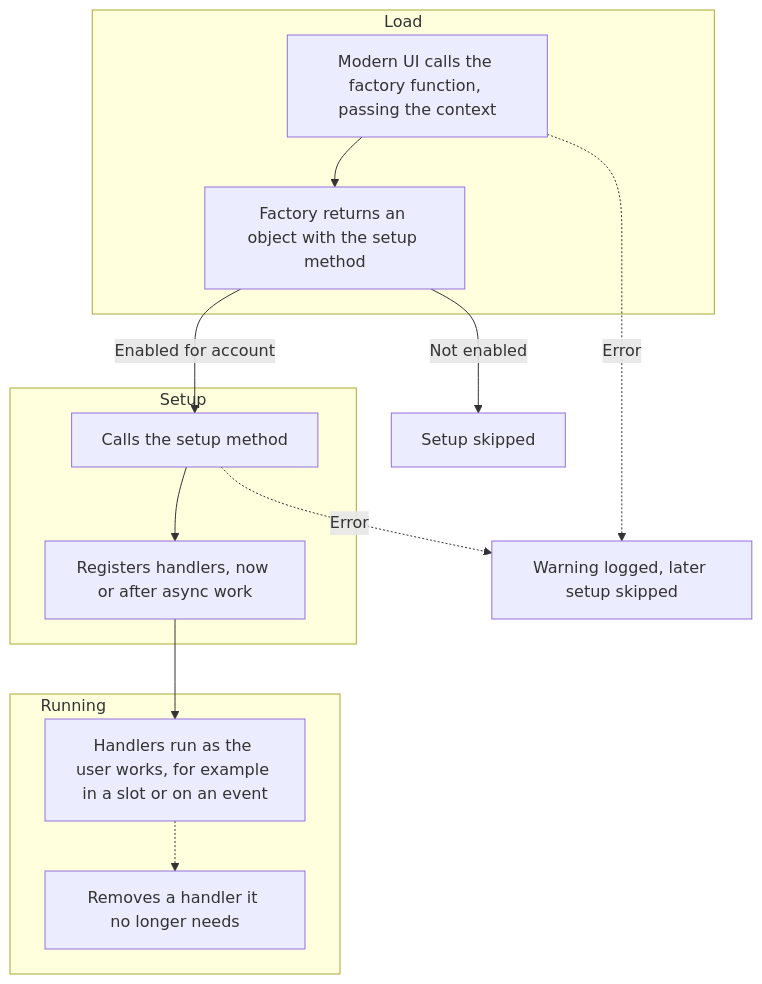
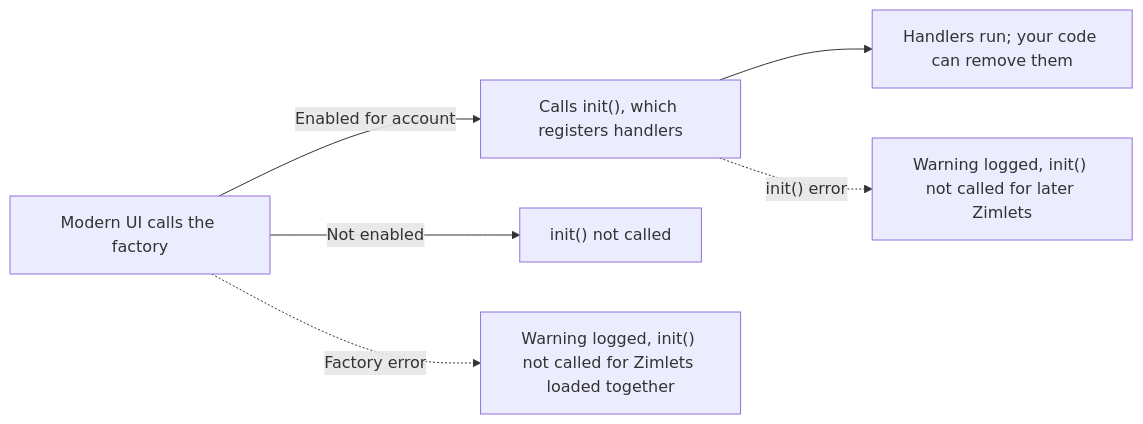
Before and after one commit to Zimbra/zimlet-cli: the diagram in documentation/modules/ROOT/images/diagrams/factory-lifecycle.mmd, drawn with Mermaid. The commit also changed 45 other files, not shown here.

```diff
--- a/documentation/modules/ROOT/images/diagrams/factory-lifecycle.mmd
+++ b/documentation/modules/ROOT/images/diagrams/factory-lifecycle.mmd
@@ -1,16 +1,7 @@
-flowchart TB
-  subgraph load["Load"]
-    B["Modern UI calls the factory function, passing the context"]
-    B --> C["Factory returns an object with the setup method"]
-  end
-  subgraph setup["Setup"]
-    D["Calls the setup method"] --> E["Registers handlers, now or after async work"]
-  end
-  subgraph running["Running&nbsp;&nbsp;&nbsp;&nbsp;&nbsp;&nbsp;&nbsp;&nbsp;&nbsp;&nbsp;&nbsp;&nbsp;&nbsp;&nbsp;&nbsp;&nbsp;&nbsp;&nbsp;&nbsp;&nbsp;&nbsp;&nbsp;&nbsp;&nbsp;&nbsp;&nbsp;&nbsp;&nbsp;&nbsp;&nbsp;&nbsp;&nbsp;&nbsp;&nbsp;&nbsp;&nbsp;&nbsp;&nbsp;&nbsp;&nbsp;"]
-    F["Handlers run as the user works, for example in a slot or on an event"] -.-> G["Removes a handler it no longer needs"]
-  end
-  C -- "Enabled for account" --> D
-  C -- "Not enabled" --> S["Setup skipped"]
-  E --> F
-  B -. Error .-> W["Warning logged, later setup skipped"]
-  D -. Error .-> W
+flowchart LR
+  B["Modern UI calls the factory"]
+  B -- "Enabled for account" --> D["Calls init(), which registers handlers"]
+  B -- "Not enabled" --> S["init() not called"]
+  B -. "Factory error" .-> W1["Warning logged, init() not called for Zimlets loaded together"]
+  D --> F["Handlers run; your code can remove them"]
+  D -. "init() error" .-> W2["Warning logged, init() not called for later Zimlets"]
```
